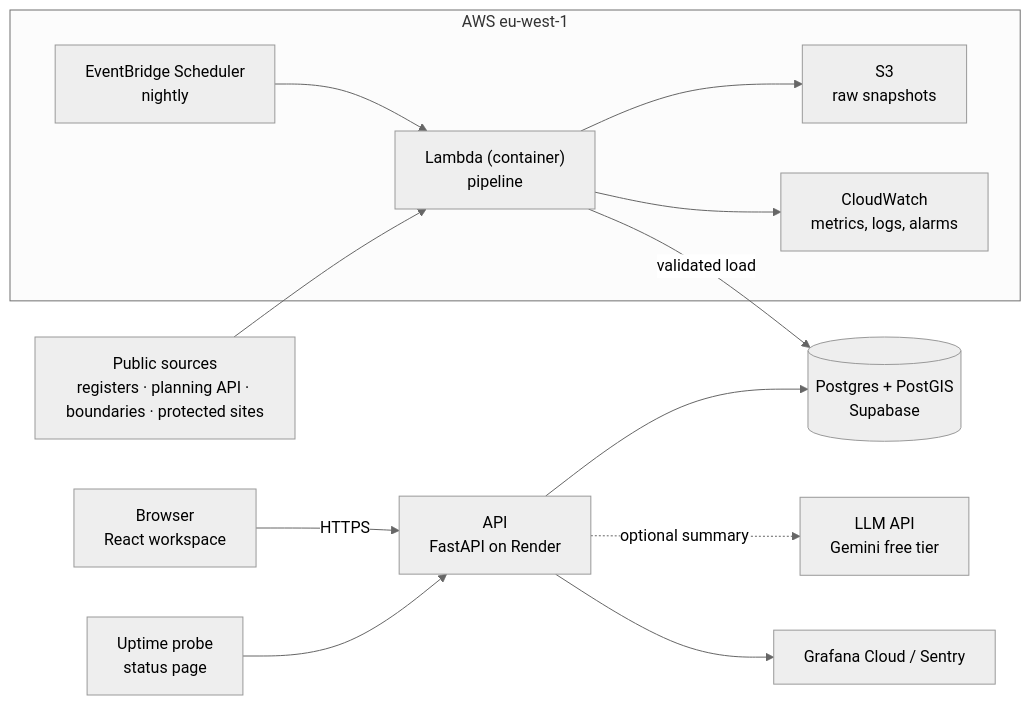
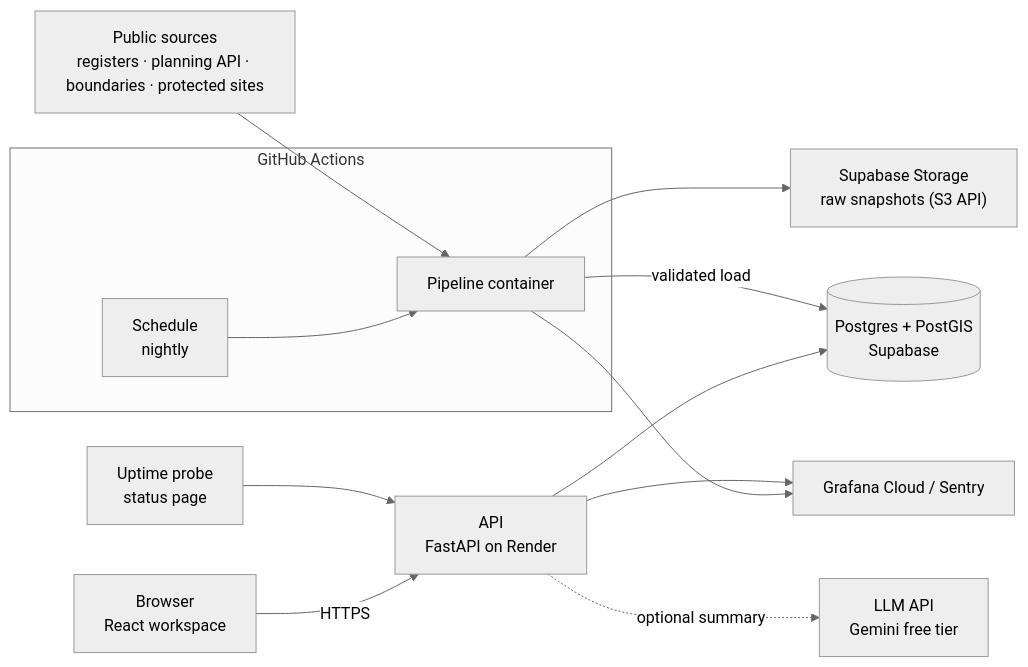
The first of 2 diagrams in docs/DESIGN.md (Neel09apr/DwellWise), drawn with Mermaid (neutral theme) before and after one commit. The commit also changed other lines of this file and 3 other files, not shown here.

````diff
--- a/docs/DESIGN.md
+++ b/docs/DESIGN.md
@@ -66,18 +66,18 @@
 ```mermaid
 flowchart LR
   user["Browser<br/>React workspace"] -->|HTTPS| api["API<br/>FastAPI on Render"]
   api --> db[("Postgres + PostGIS<br/>Supabase")]
   api -.->|"optional summary"| llm["LLM API<br/>Gemini free tier"]
 
-  subgraph aws["AWS eu-west-1"]
-    sched["EventBridge Scheduler<br/>nightly"] --> fn["Lambda (container)<br/>pipeline"]
-    fn --> raw["S3<br/>raw snapshots"]
-    fn --> cw["CloudWatch<br/>metrics, logs, alarms"]
+  subgraph gha["GitHub Actions"]
+    sched["Schedule<br/>nightly"] --> fn["Pipeline container"]
   end
+  fn --> raw["Supabase Storage<br/>raw snapshots (S3 API)"]
+  fn --> obs
 
   sources["Public sources<br/>registers · planning API · boundaries · protected sites"] --> fn
   fn -->|"validated load"| db
 
   probe["Uptime probe<br/>status page"] --> api
   api --> obs["Grafana Cloud / Sentry"]
 ```
````
